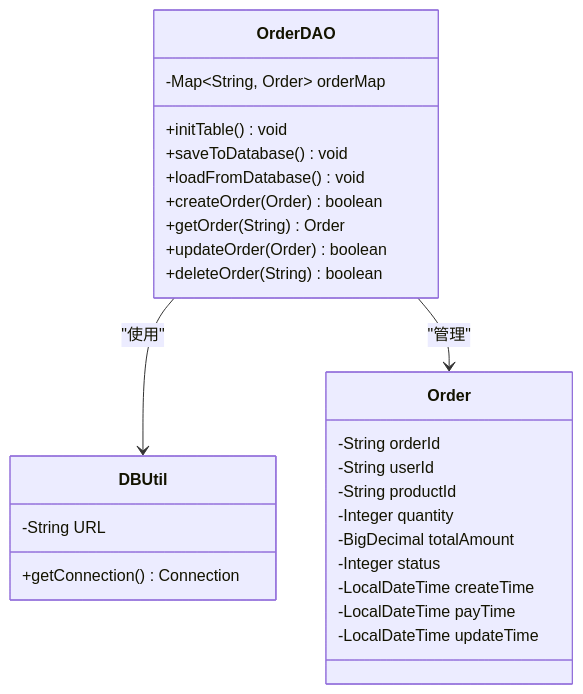
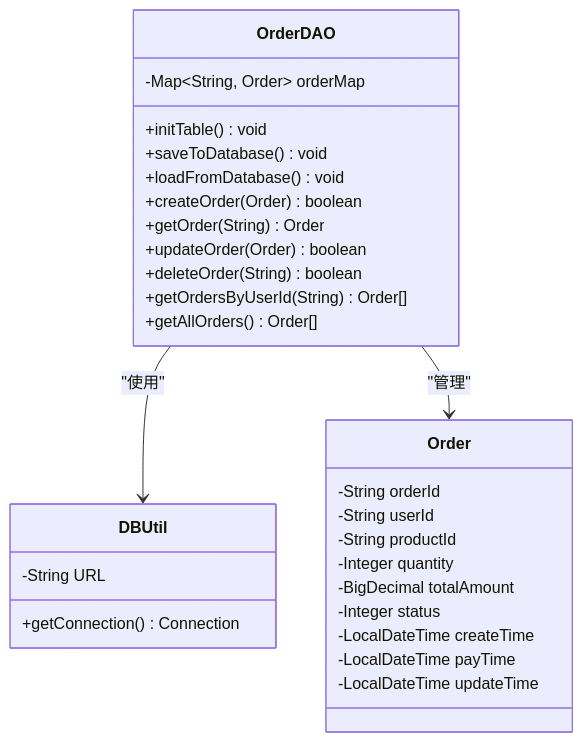
Before and after one commit to dawny123123/1103demo: the second of 14 diagrams in .qoder/repowiki/zh/content/订单管理服务/数据访问层实现/数据访问层实现.md, drawn with Mermaid. The commit also changed other lines of this file and 20 other files, not shown here.

````diff
--- a/.qoder/repowiki/zh/content/订单管理服务/数据访问层实现/数据访问层实现.md
+++ b/.qoder/repowiki/zh/content/订单管理服务/数据访问层实现/数据访问层实现.md
@@ -79,30 +79,32 @@
 ```mermaid
 classDiagram
 class OrderDAO {
 -Map~String, Order~ orderMap
 +initTable() void
 +saveToDatabase() void
 +loadFromDatabase() void
 +createOrder(Order) boolean
 +getOrder(String) Order
 +updateOrder(Order) boolean
 +deleteOrder(String) boolean
++getOrdersByUserId(String) Order[]
++getAllOrders() Order[]
 }
 class DBUtil {
 -String URL
 +getConnection() Connection
 }
 class Order {
 -String orderId
 -String userId
 -String productId
 -Integer quantity
 -BigDecimal totalAmount
 -Integer status
 -LocalDateTime createTime
 -LocalDateTime payTime
 -LocalDateTime updateTime
 }
 OrderDAO --> DBUtil : "使用"
 OrderDAO --> Order : "管理"
 ```
````
